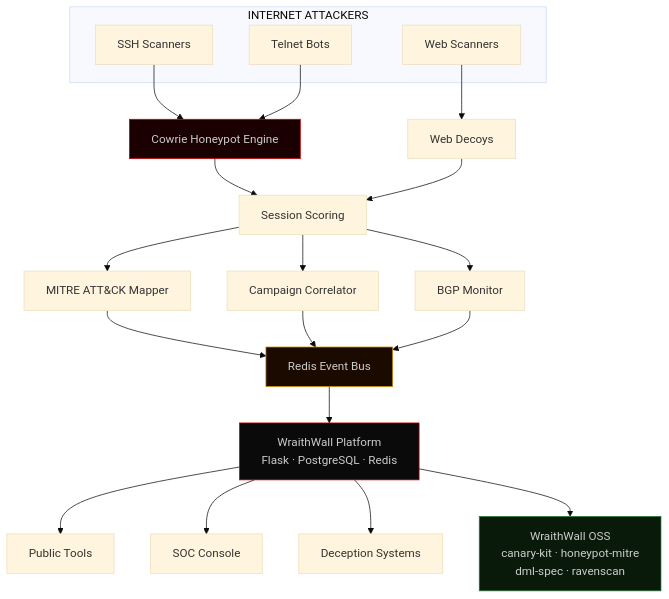
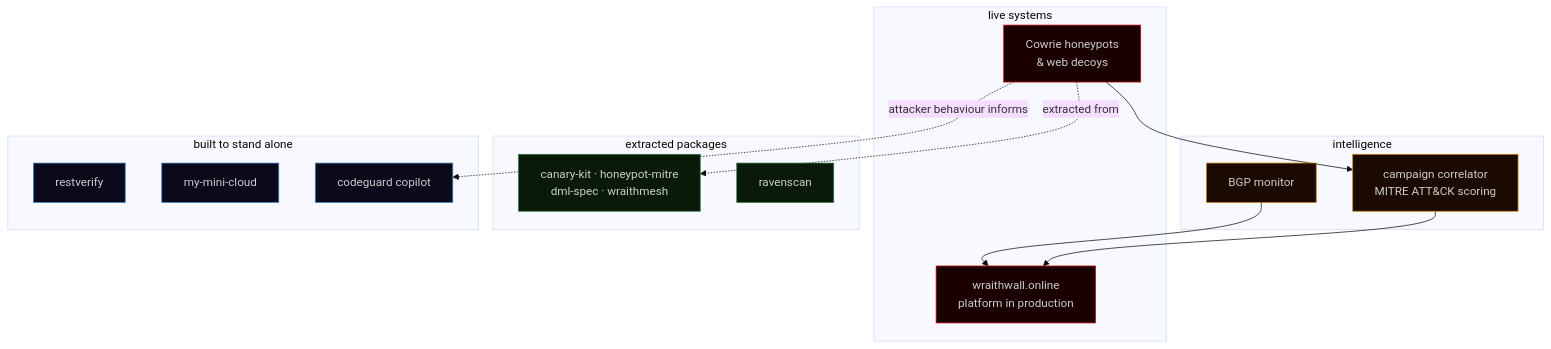
The diagram in README.md (niffyhunt/niffyhunt), drawn with Mermaid (base theme) before and after one commit. The commit also changed other lines of this file, not shown here.

First line of the commit message:
profile README redesign — systems-atlas layout, verified projects, link-preserving rewrite

````diff
--- a/README.md
+++ b/README.md
@@ -109,36 +138,33 @@
 ```mermaid
 graph TB
-    subgraph Internet["INTERNET ATTACKERS"]
-        SSH[SSH Scanners]
-        TEL[Telnet Bots]
-        WEB[Web Scanners]
+    subgraph LIVE["live systems"]
+        HONEY["Cowrie honeypots<br/>& web decoys"]
+        SITE["wraithwall.online<br/>platform in production"]
     end
-
-    SSH --> COWRIE
-    TEL --> COWRIE
-    WEB --> DECOY[Web Decoys]
-
-    COWRIE[Cowrie Honeypot Engine] --> SCORE[Session Scoring]
-    DECOY --> SCORE
-
-    SCORE --> MITRE[MITRE ATT&CK Mapper]
-    SCORE --> CORR[Campaign Correlator]
-    SCORE --> BGP[BGP Monitor]
-
-    MITRE --> BUS[Redis Event Bus]
-    CORR --> BUS
-    BGP --> BUS
-
-    BUS --> PLATFORM[WraithWall Platform<br/>Flask · PostgreSQL · Redis]
-
-    PLATFORM --> TOOLS[Public Tools]
-    PLATFORM --> CONSOLE[SOC Console]
-    PLATFORM --> DECEPTION[Deception Systems]
-
-    PLATFORM --> OSS[WraithWall OSS<br/>canary-kit · honeypot-mitre<br/>dml-spec · ravenscan]
-
-    style COWRIE fill:#1a0000,stroke:#cc0000,color:#cccccc
-    style PLATFORM fill:#0a0a0a,stroke:#cc0000,color:#cccccc
-    style BUS fill:#1a0a00,stroke:#cc8400,color:#cccccc
-    style OSS fill:#0a1a0a,stroke:#2d7a3e,color:#cccccc
+    subgraph INTEL["intelligence"]
+        CORR["campaign correlator<br/>MITRE ATT&CK scoring"]
+        BGP["BGP monitor"]
+    end
+    subgraph PKGS["extracted packages"]
+        KIT["canary-kit · honeypot-mitre<br/>dml-spec · wraithmesh"]
+        RAV["ravenscan"]
+    end
+    subgraph SOLO["built to stand alone"]
+        RV["restverify"]
+        MMC["my-mini-cloud"]
+        CG["codeguard copilot"]
+    end
+    HONEY --> CORR
+    CORR --> SITE
+    BGP --> SITE
+    HONEY -.->|extracted from| KIT
+    HONEY -.->|attacker behaviour informs| CG
+    classDef live fill:#1a0000,stroke:#cc0000,color:#cccccc
+    classDef intel fill:#1a0a00,stroke:#cc8400,color:#cccccc
+    classDef pkg fill:#0a1a0a,stroke:#2d7a3e,color:#cccccc
+    classDef solo fill:#0a0a1a,stroke:#4488cc,color:#cccccc
+    class HONEY,SITE live
+    class CORR,BGP intel
+    class KIT,RAV pkg
+    class RV,MMC,CG solo
 ```
````
